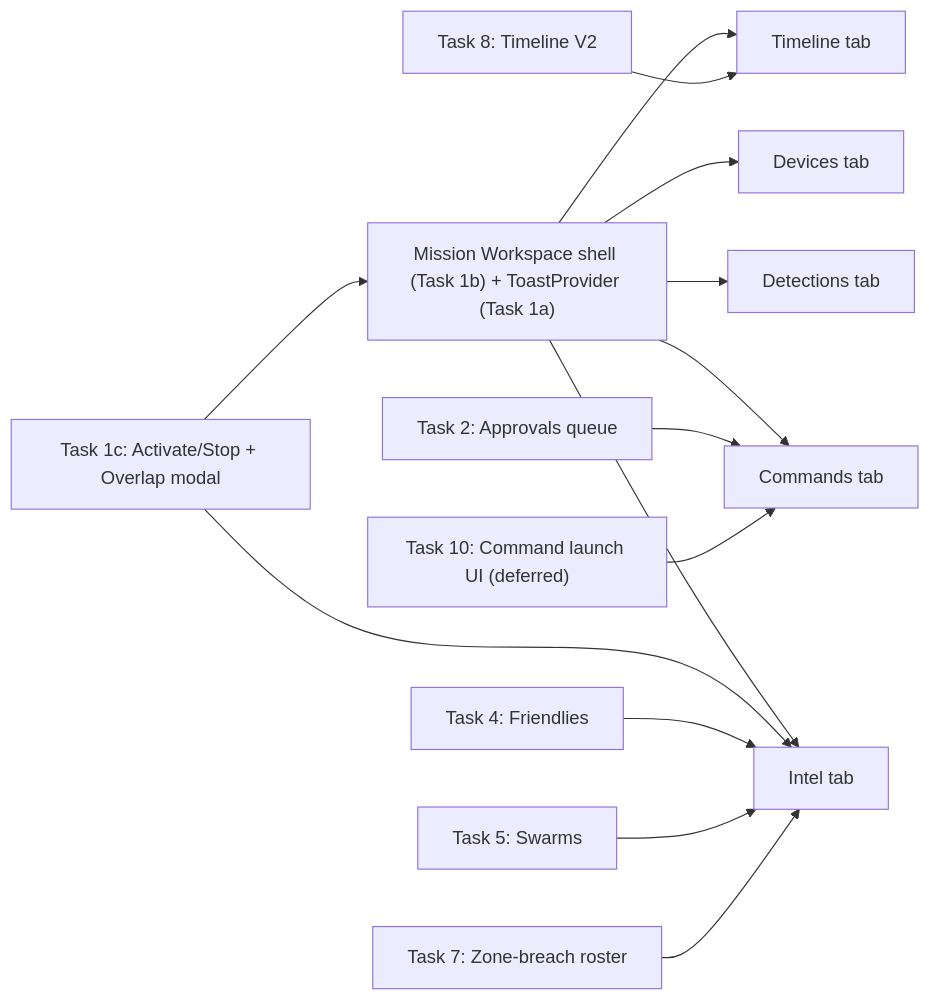
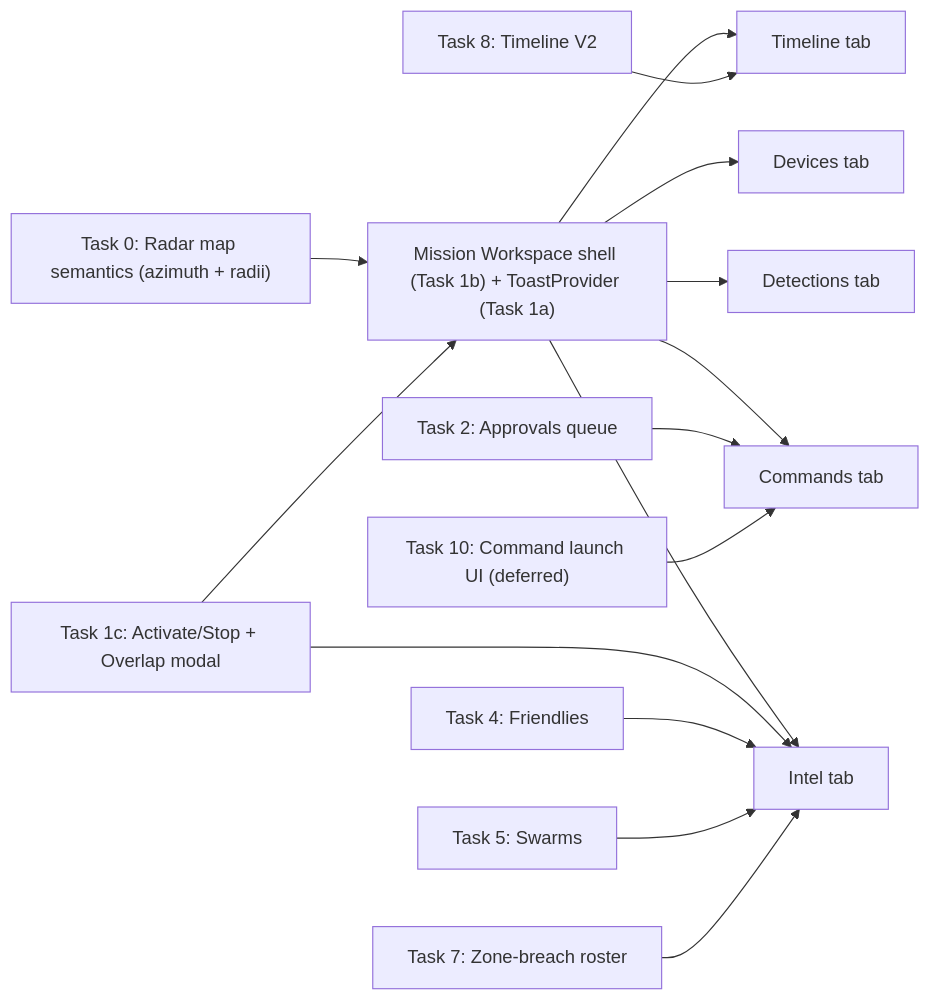
One commit to sandhunavjot26/mapbox-implementation changed the second of 2 diagrams in .cursor/plans/operator-api-gap-plan_8558442c.plan.md. Above: the diagram before and after it, drawn with Mermaid. The commit also changed other lines of this file and 9 other files, not shown here.

````diff
--- a/.cursor/plans/operator-api-gap-plan_8558442c.plan.md
+++ b/.cursor/plans/operator-api-gap-plan_8558442c.plan.md
@@ -98,18 +101,20 @@
 ```mermaid
 flowchart LR
+    T0["Task 0: Radar map semantics (azimuth + radii)"]
     Shell["Mission Workspace shell (Task 1b) + ToastProvider (Task 1a)"]
+    T0 --> Shell
     Shell --> TimelineTab[Timeline tab]
     Shell --> DevicesTab[Devices tab]
     Shell --> DetectionsTab[Detections tab]
     Shell --> CommandsTab[Commands tab]
     Shell --> IntelTab[Intel tab]
 
     T1c["Task 1c: Activate/Stop + Overlap modal"] --> Shell
     T1c --> IntelTab
     T2["Task 2: Approvals queue"] --> CommandsTab
     T4["Task 4: Friendlies"] --> IntelTab
     T5["Task 5: Swarms"] --> IntelTab
     T7["Task 7: Zone-breach roster"] --> IntelTab
     T8["Task 8: Timeline V2"] --> TimelineTab
     T10["Task 10: Command launch UI (deferred)"] --> CommandsTab
 ```
````
